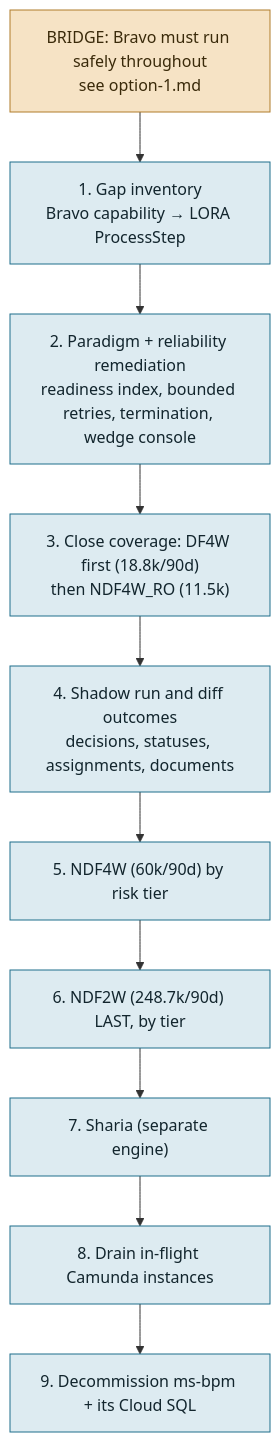
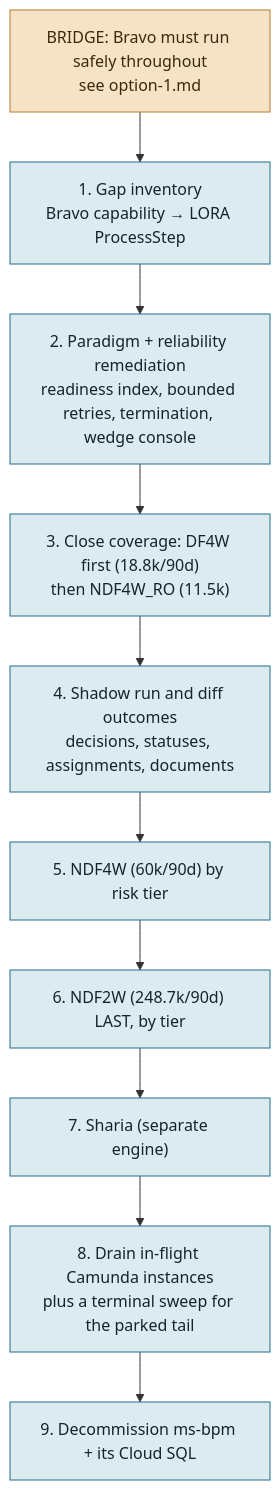
One commit to alaksmana-mso/bravo-analysis changed the diagram in docs/option-3.md. Above: the diagram before and after it, drawn with Mermaid. The commit also changed other lines of this file and 12 other files, not shown here.

````diff
--- a/docs/option-3.md
+++ b/docs/option-3.md
@@ -100,14 +100,14 @@
 ```mermaid
 flowchart TB
   classDef s fill:#DDEBF1,stroke:#1F6F8B,color:#12252D
   classDef g fill:#F6E3C5,stroke:#B07D2B,color:#3A2A0A
   B0["BRIDGE: Bravo must run safely throughout<br/>see option-1.md"]:::g --> S1
   S1["1. Gap inventory<br/>Bravo capability → LORA ProcessStep"]:::s --> S2["2. Paradigm + reliability remediation<br/>readiness index, bounded retries, termination, wedge console"]:::s
   S2 --> S3["3. Close coverage: DF4W first (18.8k/90d)<br/>then NDF4W_RO (11.5k)"]:::s
   S3 --> S4["4. Shadow run and diff outcomes<br/>decisions, statuses, assignments, documents"]:::s
   S4 --> S5["5. NDF4W (60k/90d) by risk tier"]:::s
   S5 --> S6["6. NDF2W (248.7k/90d) LAST, by tier"]:::s
   S6 --> S7["7. Sharia (separate engine)"]:::s
-  S7 --> S8["8. Drain in-flight Camunda instances"]:::s
+  S7 --> S8["8. Drain in-flight Camunda instances<br/>plus a terminal sweep for the parked tail"]:::s
   S8 --> S9["9. Decommission ms-bpm + its Cloud SQL"]:::s
 ```
````
